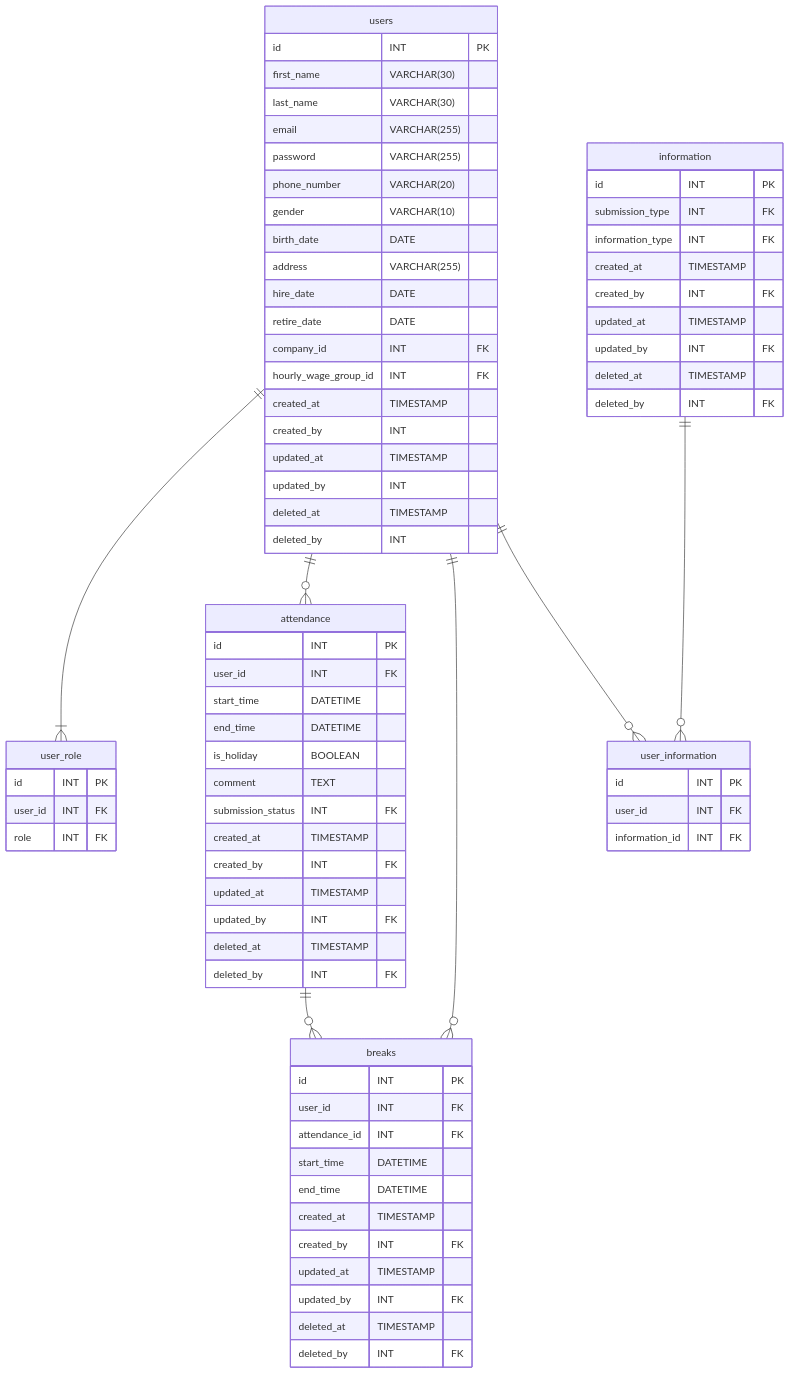
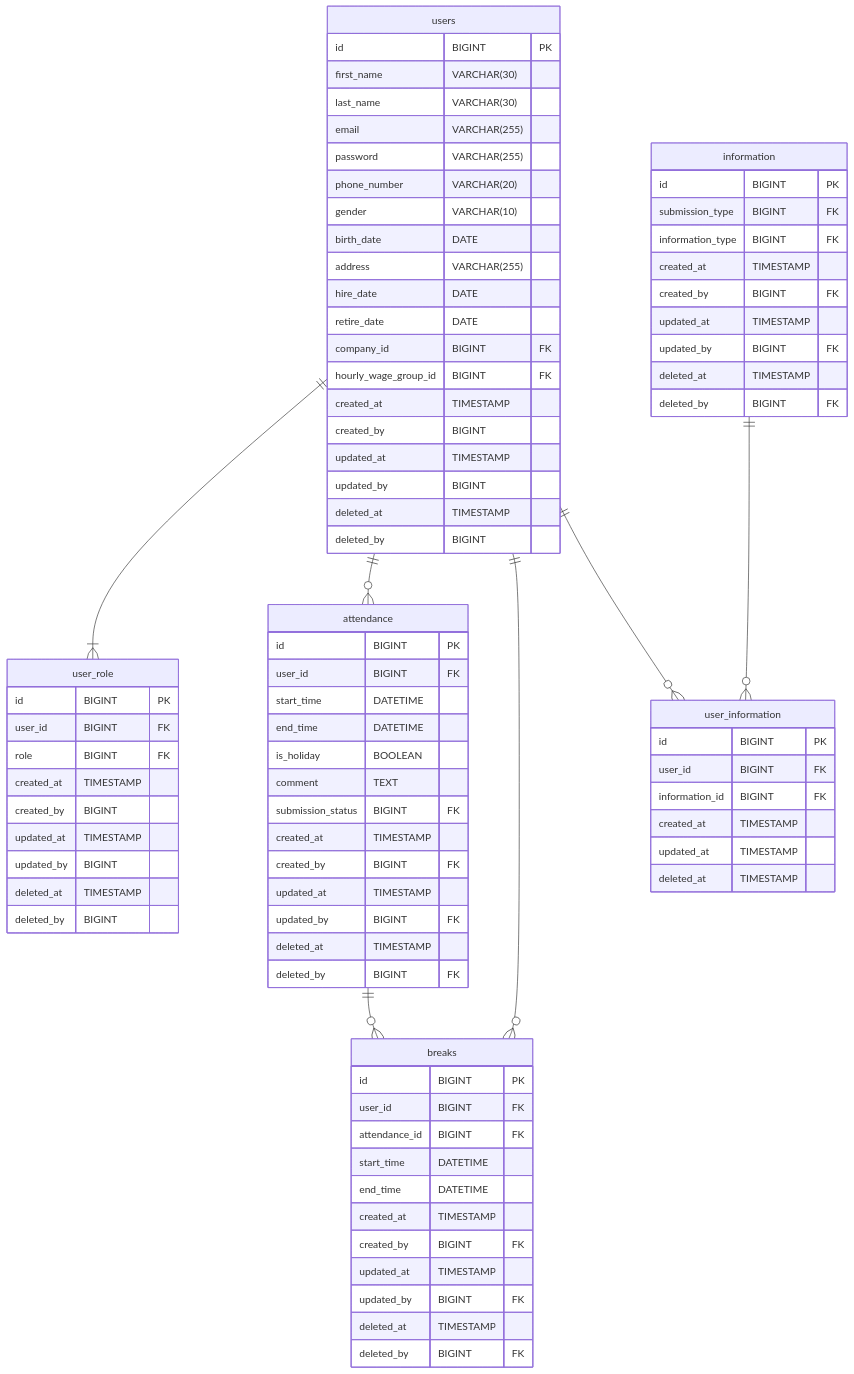
The first of 5 diagrams in Documents/Database Design/Entity-RelationshipDiagrams.md (reo00ngee/attendance), drawn with Mermaid before and after one commit. The commit also changed other lines of this file and 89 other files, not shown here.

````diff
--- a/Documents/Database Design/Entity-RelationshipDiagrams.md
+++ b/Documents/Database Design/Entity-RelationshipDiagrams.md
@@ -24,7 +24,7 @@
   attendance ||--o{ breaks: ""
 
   users{
-    id INT PK
+    id BIGINT PK
     first_name VARCHAR(30) 
     last_name VARCHAR(30) 
     email VARCHAR(255) 
@@ -35,68 +35,77 @@
     address VARCHAR(255)
     hire_date DATE
     retire_date DATE
-    company_id INT FK
-    hourly_wage_group_id INT FK
+    company_id BIGINT FK
+    hourly_wage_group_id BIGINT FK
     created_at TIMESTAMP
-    created_by INT
+    created_by BIGINT
     updated_at TIMESTAMP
-    updated_by INT
+    updated_by BIGINT
     deleted_at TIMESTAMP
-    deleted_by INT 
+    deleted_by BIGINT 
   }
 
   user_role{
-    id INT PK
-    user_id INT FK
-    role INT FK
+    id BIGINT PK
+    user_id BIGINT FK
+    role BIGINT FK
+    created_at TIMESTAMP
+    created_by BIGINT
+    updated_at TIMESTAMP
+    updated_by BIGINT
+    deleted_at TIMESTAMP
+    deleted_by BIGINT 
   }
 
   attendance{
-    id INT PK
-    user_id INT FK
+    id BIGINT PK
+    user_id BIGINT FK
     start_time DATETIME
     end_time DATETIME
     is_holiday BOOLEAN
     comment TEXT
-    submission_status INT FK
+    submission_status BIGINT FK
     created_at TIMESTAMP
-    created_by INT FK
+    created_by BIGINT FK
     updated_at TIMESTAMP
-    updated_by INT FK
+    updated_by BIGINT FK
     deleted_at TIMESTAMP
-    deleted_by INT FK
+    deleted_by BIGINT FK
   }
 
   breaks{
-    id INT PK
-    user_id INT FK
-    attendance_id INT FK
+    id BIGINT PK
+    user_id BIGINT FK
+    attendance_id BIGINT FK
     start_time DATETIME
     end_time DATETIME
     created_at TIMESTAMP
-    created_by INT FK
+    created_by BIGINT FK
     updated_at TIMESTAMP
-    updated_by INT FK
+    updated_by BIGINT FK
     deleted_at TIMESTAMP
-    deleted_by INT FK
+    deleted_by BIGINT FK
   }
 
   information{
-    id INT PK
-    submission_type INT FK
-    information_type INT FK
+    id BIGINT PK
+    submission_type BIGINT FK
+    information_type BIGINT FK
     created_at TIMESTAMP
-    created_by INT FK
+    created_by BIGINT FK
     updated_at TIMESTAMP
-    updated_by INT FK
+    updated_by BIGINT FK
     deleted_at TIMESTAMP
-    deleted_by INT FK
+    deleted_by BIGINT FK
   }
 
   user_information{
-    id INT PK
-    user_id INT FK
-    information_id INT FK
+    id BIGINT PK
+    user_id BIGINT FK
+    information_id BIGINT FK
+    created_at TIMESTAMP
+    updated_at TIMESTAMP
+    deleted_at TIMESTAMP
   }
 
 ```
````
